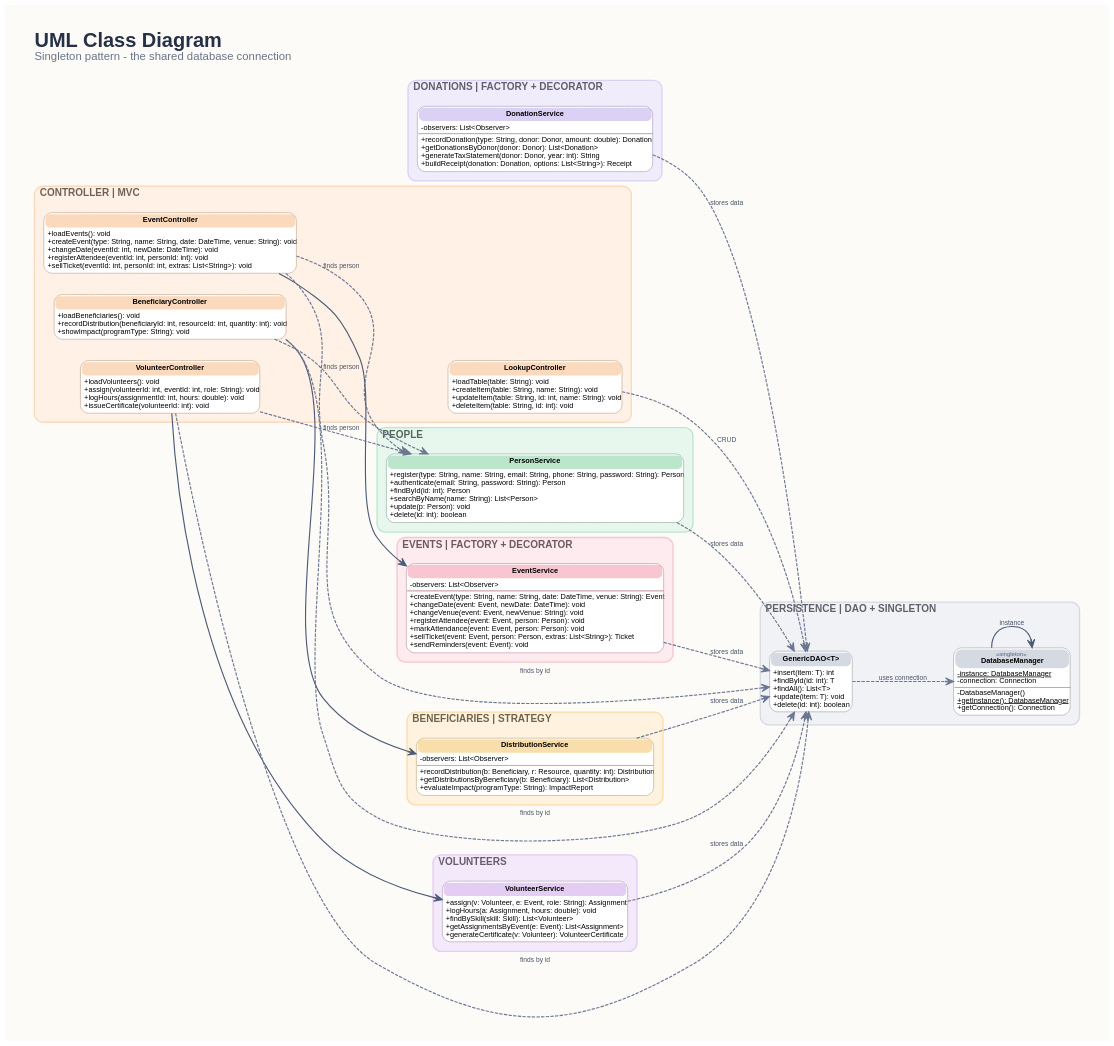
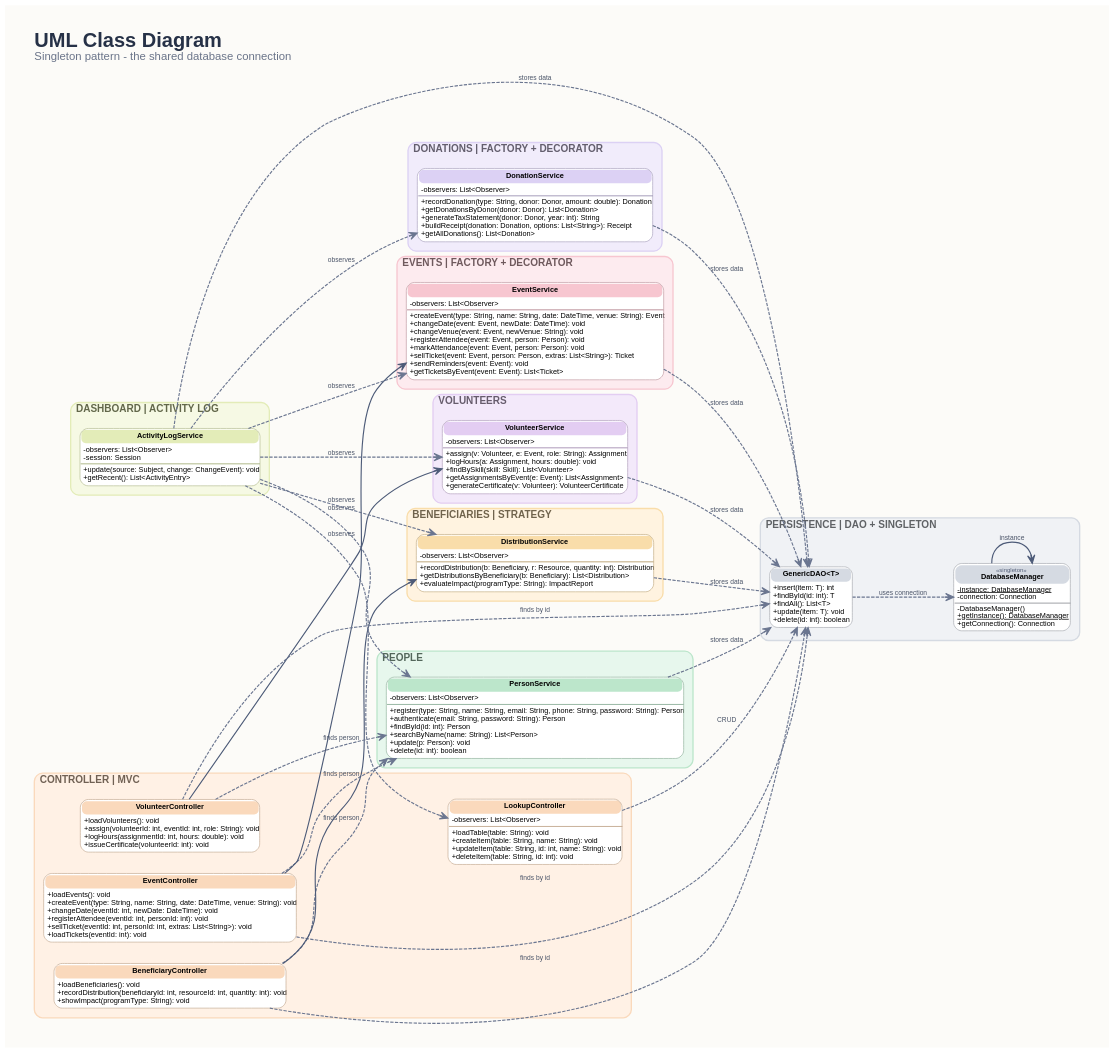
One commit to ahmed-khaled04/donation-management-system changed the diagram in docs/class-diagram/06-singleton.dot. Above: the diagram before and after it, drawn with Graphviz. The commit also changed 23 other files, not shown here.

Commit message:
Update class diagrams and SRS for the dashboard, login and validation

```diff
--- a/docs/class-diagram/06-singleton.dot
+++ b/docs/class-diagram/06-singleton.dot
@@ -13,15 +13,15 @@
   }
   subgraph cluster_PEOPLE {
     label=<<FONT POINT-SIZE="15" COLOR="#54675b"><B>PEOPLE</B></FONT>>; fillcolor="#e7f7ed"; color="#bce6cb"; margin=14;
-    PersonService [label=<<TABLE BORDER="1" CELLBORDER="0" CELLSPACING="1" CELLPADDING="3" STYLE="ROUNDED" BGCOLOR="white" COLOR="#92b39e"><TR><TD BGCOLOR="#bce6cb" STYLE="ROUNDED" CELLPADDING="4"><B>PersonService</B></TD></TR><TR><TD ALIGN="LEFT" BALIGN="LEFT">+register(type: String, name: String, email: String, phone: String, password: String): Person<BR ALIGN="LEFT"/>+authenticate(email: String, password: String): Person<BR ALIGN="LEFT"/>+findById(id: int): Person<BR ALIGN="LEFT"/>+searchByName(name: String): List&lt;Person&gt;<BR ALIGN="LEFT"/>+update(p: Person): void<BR ALIGN="LEFT"/>+delete(id: int): boolean<BR ALIGN="LEFT"/></TD></TR></TABLE>>];
+    PersonService [label=<<TABLE BORDER="1" CELLBORDER="0" CELLSPACING="1" CELLPADDING="3" STYLE="ROUNDED" BGCOLOR="white" COLOR="#92b39e"><TR><TD BGCOLOR="#bce6cb" STYLE="ROUNDED" CELLPADDING="4"><B>PersonService</B></TD></TR><TR><TD ALIGN="LEFT" BALIGN="LEFT">-observers: List&lt;Observer&gt;<BR ALIGN="LEFT"/></TD></TR><HR/><TR><TD ALIGN="LEFT" BALIGN="LEFT">+register(type: String, name: String, email: String, phone: String, password: String): Person<BR ALIGN="LEFT"/>+authenticate(email: String, password: String): Person<BR ALIGN="LEFT"/>+findById(id: int): Person<BR ALIGN="LEFT"/>+searchByName(name: String): List&lt;Person&gt;<BR ALIGN="LEFT"/>+update(p: Person): void<BR ALIGN="LEFT"/>+delete(id: int): boolean<BR ALIGN="LEFT"/></TD></TR></TABLE>>];
   }
   subgraph cluster_DON {
     label=<<FONT POINT-SIZE="15" COLOR="#635e6d"><B>DONATIONS | FACTORY + DECORATOR</B></FONT>>; fillcolor="#f1ecfb"; color="#dcd1f4"; margin=14;
-    DonationService [label=<<TABLE BORDER="1" CELLBORDER="0" CELLSPACING="1" CELLPADDING="3" STYLE="ROUNDED" BGCOLOR="white" COLOR="#aba3be"><TR><TD BGCOLOR="#dcd1f4" STYLE="ROUNDED" CELLPADDING="4"><B>DonationService</B></TD></TR><TR><TD ALIGN="LEFT" BALIGN="LEFT">-observers: List&lt;Observer&gt;<BR ALIGN="LEFT"/></TD></TR><HR/><TR><TD ALIGN="LEFT" BALIGN="LEFT">+recordDonation(type: String, donor: Donor, amount: double): Donation<BR ALIGN="LEFT"/>+getDonationsByDonor(donor: Donor): List&lt;Donation&gt;<BR ALIGN="LEFT"/>+generateTaxStatement(donor: Donor, year: int): String<BR ALIGN="LEFT"/>+buildReceipt(donation: Donation, options: List&lt;String&gt;): Receipt<BR ALIGN="LEFT"/></TD></TR></TABLE>>];
+    DonationService [label=<<TABLE BORDER="1" CELLBORDER="0" CELLSPACING="1" CELLPADDING="3" STYLE="ROUNDED" BGCOLOR="white" COLOR="#aba3be"><TR><TD BGCOLOR="#dcd1f4" STYLE="ROUNDED" CELLPADDING="4"><B>DonationService</B></TD></TR><TR><TD ALIGN="LEFT" BALIGN="LEFT">-observers: List&lt;Observer&gt;<BR ALIGN="LEFT"/></TD></TR><HR/><TR><TD ALIGN="LEFT" BALIGN="LEFT">+recordDonation(type: String, donor: Donor, amount: double): Donation<BR ALIGN="LEFT"/>+getDonationsByDonor(donor: Donor): List&lt;Donation&gt;<BR ALIGN="LEFT"/>+generateTaxStatement(donor: Donor, year: int): String<BR ALIGN="LEFT"/>+buildReceipt(donation: Donation, options: List&lt;String&gt;): Receipt<BR ALIGN="LEFT"/>+getAllDonations(): List&lt;Donation&gt;<BR ALIGN="LEFT"/></TD></TR></TABLE>>];
   }
   subgraph cluster_EVT {
     label=<<FONT POINT-SIZE="15" COLOR="#6f595d"><B>EVENTS | FACTORY + DECORATOR</B></FONT>>; fillcolor="#fdebef"; color="#f7c6d0"; margin=14;
-    EventService [label=<<TABLE BORDER="1" CELLBORDER="0" CELLSPACING="1" CELLPADDING="3" STYLE="ROUNDED" BGCOLOR="white" COLOR="#c09aa2"><TR><TD BGCOLOR="#f7c6d0" STYLE="ROUNDED" CELLPADDING="4"><B>EventService</B></TD></TR><TR><TD ALIGN="LEFT" BALIGN="LEFT">-observers: List&lt;Observer&gt;<BR ALIGN="LEFT"/></TD></TR><HR/><TR><TD ALIGN="LEFT" BALIGN="LEFT">+createEvent(type: String, name: String, date: DateTime, venue: String): Event<BR ALIGN="LEFT"/>+changeDate(event: Event, newDate: DateTime): void<BR ALIGN="LEFT"/>+changeVenue(event: Event, newVenue: String): void<BR ALIGN="LEFT"/>+registerAttendee(event: Event, person: Person): void<BR ALIGN="LEFT"/>+markAttendance(event: Event, person: Person): void<BR ALIGN="LEFT"/>+sellTicket(event: Event, person: Person, extras: List&lt;String&gt;): Ticket<BR ALIGN="LEFT"/>+sendReminders(event: Event): void<BR ALIGN="LEFT"/></TD></TR></TABLE>>];
+    EventService [label=<<TABLE BORDER="1" CELLBORDER="0" CELLSPACING="1" CELLPADDING="3" STYLE="ROUNDED" BGCOLOR="white" COLOR="#c09aa2"><TR><TD BGCOLOR="#f7c6d0" STYLE="ROUNDED" CELLPADDING="4"><B>EventService</B></TD></TR><TR><TD ALIGN="LEFT" BALIGN="LEFT">-observers: List&lt;Observer&gt;<BR ALIGN="LEFT"/></TD></TR><HR/><TR><TD ALIGN="LEFT" BALIGN="LEFT">+createEvent(type: String, name: String, date: DateTime, venue: String): Event<BR ALIGN="LEFT"/>+changeDate(event: Event, newDate: DateTime): void<BR ALIGN="LEFT"/>+changeVenue(event: Event, newVenue: String): void<BR ALIGN="LEFT"/>+registerAttendee(event: Event, person: Person): void<BR ALIGN="LEFT"/>+markAttendance(event: Event, person: Person): void<BR ALIGN="LEFT"/>+sellTicket(event: Event, person: Person, extras: List&lt;String&gt;): Ticket<BR ALIGN="LEFT"/>+sendReminders(event: Event): void<BR ALIGN="LEFT"/>+getTicketsByEvent(event: Event): List&lt;Ticket&gt;<BR ALIGN="LEFT"/></TD></TR></TABLE>>];
   }
   subgraph cluster_AID {
     label=<<FONT POINT-SIZE="15" COLOR="#70634c"><B>BENEFICIARIES | STRATEGY</B></FONT>>; fillcolor="#fff3e0"; color="#f9ddaa"; margin=14;
@@ -29,7 +29,7 @@
   }
   subgraph cluster_VOL {
     label=<<FONT POINT-SIZE="15" COLOR="#665c6c"><B>VOLUNTEERS</B></FONT>>; fillcolor="#f3e9fa"; color="#e3cdf2"; margin=14;
-    VolunteerService [label=<<TABLE BORDER="1" CELLBORDER="0" CELLSPACING="1" CELLPADDING="3" STYLE="ROUNDED" BGCOLOR="white" COLOR="#b19fbc"><TR><TD BGCOLOR="#e3cdf2" STYLE="ROUNDED" CELLPADDING="4"><B>VolunteerService</B></TD></TR><TR><TD ALIGN="LEFT" BALIGN="LEFT">+assign(v: Volunteer, e: Event, role: String): Assignment<BR ALIGN="LEFT"/>+logHours(a: Assignment, hours: double): void<BR ALIGN="LEFT"/>+findBySkill(skill: Skill): List&lt;Volunteer&gt;<BR ALIGN="LEFT"/>+getAssignmentsByEvent(e: Event): List&lt;Assignment&gt;<BR ALIGN="LEFT"/>+generateCertificate(v: Volunteer): VolunteerCertificate<BR ALIGN="LEFT"/></TD></TR></TABLE>>];
+    VolunteerService [label=<<TABLE BORDER="1" CELLBORDER="0" CELLSPACING="1" CELLPADDING="3" STYLE="ROUNDED" BGCOLOR="white" COLOR="#b19fbc"><TR><TD BGCOLOR="#e3cdf2" STYLE="ROUNDED" CELLPADDING="4"><B>VolunteerService</B></TD></TR><TR><TD ALIGN="LEFT" BALIGN="LEFT">-observers: List&lt;Observer&gt;<BR ALIGN="LEFT"/></TD></TR><HR/><TR><TD ALIGN="LEFT" BALIGN="LEFT">+assign(v: Volunteer, e: Event, role: String): Assignment<BR ALIGN="LEFT"/>+logHours(a: Assignment, hours: double): void<BR ALIGN="LEFT"/>+findBySkill(skill: Skill): List&lt;Volunteer&gt;<BR ALIGN="LEFT"/>+getAssignmentsByEvent(e: Event): List&lt;Assignment&gt;<BR ALIGN="LEFT"/>+generateCertificate(v: Volunteer): VolunteerCertificate<BR ALIGN="LEFT"/></TD></TR></TABLE>>];
   }
   subgraph cluster_LOOK {
     label=<<FONT POINT-SIZE="15" COLOR="#655b4c"><B>LOOKUP TABLES | CRUD</B></FONT>>; fillcolor="#f3efe8"; color="#e2d6c3"; margin=14;
@@ -39,15 +39,22 @@
   }
   subgraph cluster_CTRL {
     label=<<FONT POINT-SIZE="15" COLOR="#706154"><B>CONTROLLER | MVC</B></FONT>>; fillcolor="#fff1e5"; color="#fad9bc"; margin=14;
-    EventController [label=<<TABLE BORDER="1" CELLBORDER="0" CELLSPACING="1" CELLPADDING="3" STYLE="ROUNDED" BGCOLOR="white" COLOR="#c3a992"><TR><TD BGCOLOR="#fad9bc" STYLE="ROUNDED" CELLPADDING="4"><B>EventController</B></TD></TR><TR><TD ALIGN="LEFT" BALIGN="LEFT">+loadEvents(): void<BR ALIGN="LEFT"/>+createEvent(type: String, name: String, date: DateTime, venue: String): void<BR ALIGN="LEFT"/>+changeDate(eventId: int, newDate: DateTime): void<BR ALIGN="LEFT"/>+registerAttendee(eventId: int, personId: int): void<BR ALIGN="LEFT"/>+sellTicket(eventId: int, personId: int, extras: List&lt;String&gt;): void<BR ALIGN="LEFT"/></TD></TR></TABLE>>];
+    EventController [label=<<TABLE BORDER="1" CELLBORDER="0" CELLSPACING="1" CELLPADDING="3" STYLE="ROUNDED" BGCOLOR="white" COLOR="#c3a992"><TR><TD BGCOLOR="#fad9bc" STYLE="ROUNDED" CELLPADDING="4"><B>EventController</B></TD></TR><TR><TD ALIGN="LEFT" BALIGN="LEFT">+loadEvents(): void<BR ALIGN="LEFT"/>+createEvent(type: String, name: String, date: DateTime, venue: String): void<BR ALIGN="LEFT"/>+changeDate(eventId: int, newDate: DateTime): void<BR ALIGN="LEFT"/>+registerAttendee(eventId: int, personId: int): void<BR ALIGN="LEFT"/>+sellTicket(eventId: int, personId: int, extras: List&lt;String&gt;): void<BR ALIGN="LEFT"/>+loadTickets(eventId: int): void<BR ALIGN="LEFT"/></TD></TR></TABLE>>];
     BeneficiaryController [label=<<TABLE BORDER="1" CELLBORDER="0" CELLSPACING="1" CELLPADDING="3" STYLE="ROUNDED" BGCOLOR="white" COLOR="#c3a992"><TR><TD BGCOLOR="#fad9bc" STYLE="ROUNDED" CELLPADDING="4"><B>BeneficiaryController</B></TD></TR><TR><TD ALIGN="LEFT" BALIGN="LEFT">+loadBeneficiaries(): void<BR ALIGN="LEFT"/>+recordDistribution(beneficiaryId: int, resourceId: int, quantity: int): void<BR ALIGN="LEFT"/>+showImpact(programType: String): void<BR ALIGN="LEFT"/></TD></TR></TABLE>>];
     VolunteerController [label=<<TABLE BORDER="1" CELLBORDER="0" CELLSPACING="1" CELLPADDING="3" STYLE="ROUNDED" BGCOLOR="white" COLOR="#c3a992"><TR><TD BGCOLOR="#fad9bc" STYLE="ROUNDED" CELLPADDING="4"><B>VolunteerController</B></TD></TR><TR><TD ALIGN="LEFT" BALIGN="LEFT">+loadVolunteers(): void<BR ALIGN="LEFT"/>+assign(volunteerId: int, eventId: int, role: String): void<BR ALIGN="LEFT"/>+logHours(assignmentId: int, hours: double): void<BR ALIGN="LEFT"/>+issueCertificate(volunteerId: int): void<BR ALIGN="LEFT"/></TD></TR></TABLE>>];
-    LookupController [label=<<TABLE BORDER="1" CELLBORDER="0" CELLSPACING="1" CELLPADDING="3" STYLE="ROUNDED" BGCOLOR="white" COLOR="#c3a992"><TR><TD BGCOLOR="#fad9bc" STYLE="ROUNDED" CELLPADDING="4"><B>LookupController</B></TD></TR><TR><TD ALIGN="LEFT" BALIGN="LEFT">+loadTable(table: String): void<BR ALIGN="LEFT"/>+createItem(table: String, name: String): void<BR ALIGN="LEFT"/>+updateItem(table: String, id: int, name: String): void<BR ALIGN="LEFT"/>+deleteItem(table: String, id: int): void<BR ALIGN="LEFT"/></TD></TR></TABLE>>];
+    LookupController [label=<<TABLE BORDER="1" CELLBORDER="0" CELLSPACING="1" CELLPADDING="3" STYLE="ROUNDED" BGCOLOR="white" COLOR="#c3a992"><TR><TD BGCOLOR="#fad9bc" STYLE="ROUNDED" CELLPADDING="4"><B>LookupController</B></TD></TR><TR><TD ALIGN="LEFT" BALIGN="LEFT">-observers: List&lt;Observer&gt;<BR ALIGN="LEFT"/></TD></TR><HR/><TR><TD ALIGN="LEFT" BALIGN="LEFT">+loadTable(table: String): void<BR ALIGN="LEFT"/>+createItem(table: String, name: String): void<BR ALIGN="LEFT"/>+updateItem(table: String, id: int, name: String): void<BR ALIGN="LEFT"/>+deleteItem(table: String, id: int): void<BR ALIGN="LEFT"/></TD></TR></TABLE>>];
   }
   subgraph cluster_PERS {
     label=<<FONT POINT-SIZE="15" COLOR="#5f6265"><B>PERSISTENCE | DAO + SINGLETON</B></FONT>>; fillcolor="#f0f2f5"; color="#d5dae2"; margin=14;
     GenericDAO [label=<<TABLE BORDER="1" CELLBORDER="0" CELLSPACING="1" CELLPADDING="3" STYLE="ROUNDED" BGCOLOR="white" COLOR="#a6aab0"><TR><TD BGCOLOR="#d5dae2" STYLE="ROUNDED" CELLPADDING="4"><B>GenericDAO&lt;T&gt;</B></TD></TR><TR><TD ALIGN="LEFT" BALIGN="LEFT">+insert(item: T): int<BR ALIGN="LEFT"/>+findById(id: int): T<BR ALIGN="LEFT"/>+findAll(): List&lt;T&gt;<BR ALIGN="LEFT"/>+update(item: T): void<BR ALIGN="LEFT"/>+delete(id: int): boolean<BR ALIGN="LEFT"/></TD></TR></TABLE>>];
     DatabaseManager [label=<<TABLE BORDER="1" CELLBORDER="0" CELLSPACING="1" CELLPADDING="3" STYLE="ROUNDED" BGCOLOR="white" COLOR="#a6aab0"><TR><TD BGCOLOR="#d5dae2" STYLE="ROUNDED" CELLPADDING="4"><FONT POINT-SIZE="9" COLOR="#55607a">«singleton»</FONT><BR/><B>DatabaseManager</B></TD></TR><TR><TD ALIGN="LEFT" BALIGN="LEFT"><U>-instance: DatabaseManager</U><BR ALIGN="LEFT"/>-connection: Connection<BR ALIGN="LEFT"/></TD></TR><HR/><TR><TD ALIGN="LEFT" BALIGN="LEFT">-DatabaseManager()<BR ALIGN="LEFT"/><U>+getInstance(): DatabaseManager</U><BR ALIGN="LEFT"/>+getConnection(): Connection<BR ALIGN="LEFT"/></TD></TR></TABLE>>];
+  }
+  subgraph cluster_ACT {
+    label=<<FONT POINT-SIZE="15" COLOR="#62674a"><B>DASHBOARD | ACTIVITY LOG</B></FONT>>; fillcolor="#f6f9e4"; color="#e3ecb8"; margin=14;
+    ActivityLogService [label=<<TABLE BORDER="1" CELLBORDER="0" CELLSPACING="1" CELLPADDING="3" STYLE="ROUNDED" BGCOLOR="white" COLOR="#b4bb92"><TR><TD BGCOLOR="#e3ecb8" STYLE="ROUNDED" CELLPADDING="4"><B>ActivityLogService</B></TD></TR><TR><TD ALIGN="LEFT" BALIGN="LEFT">-observers: List&lt;Observer&gt;<BR ALIGN="LEFT"/>-session: Session<BR ALIGN="LEFT"/></TD></TR><HR/><TR><TD ALIGN="LEFT" BALIGN="LEFT">+update(source: Subject, change: ChangeEvent): void<BR ALIGN="LEFT"/>+getRecent(): List&lt;ActivityEntry&gt;<BR ALIGN="LEFT"/></TD></TR></TABLE>>];
+  }
+  subgraph cluster_VAL {
+    label=<<FONT POINT-SIZE="15" COLOR="#585c70"><B>VALIDATION</B></FONT>>; fillcolor="#eceefd"; color="#c9cff5"; margin=14;
   }
   GenericDAO -> DatabaseManager [arrowhead="vee", color="#6b7690", style="dashed", label="uses connection"];
   DatabaseManager -> DatabaseManager [arrowhead="vee", color="#4d5b78", label="instance"];
@@ -66,4 +73,11 @@
   EventController -> PersonService [arrowhead="vee", color="#6b7690", style="dashed", label="finds person"];
   BeneficiaryController -> PersonService [arrowhead="vee", color="#6b7690", style="dashed", label="finds person"];
   VolunteerController -> PersonService [arrowhead="vee", color="#6b7690", style="dashed", label="finds person"];
+  ActivityLogService -> GenericDAO [arrowhead="vee", color="#6b7690", style="dashed", label="stores data"];
+  ActivityLogService -> DonationService [arrowhead="vee", color="#6b7690", style="dashed", label="observes"];
+  ActivityLogService -> EventService [arrowhead="vee", color="#6b7690", style="dashed", label="observes"];
+  ActivityLogService -> DistributionService [arrowhead="vee", color="#6b7690", style="dashed", label="observes"];
+  ActivityLogService -> VolunteerService [arrowhead="vee", color="#6b7690", style="dashed", label="observes"];
+  ActivityLogService -> PersonService [arrowhead="vee", color="#6b7690", style="dashed", label="observes"];
+  ActivityLogService -> LookupController [arrowhead="vee", color="#6b7690", style="dashed", label="observes"];
 }
```
